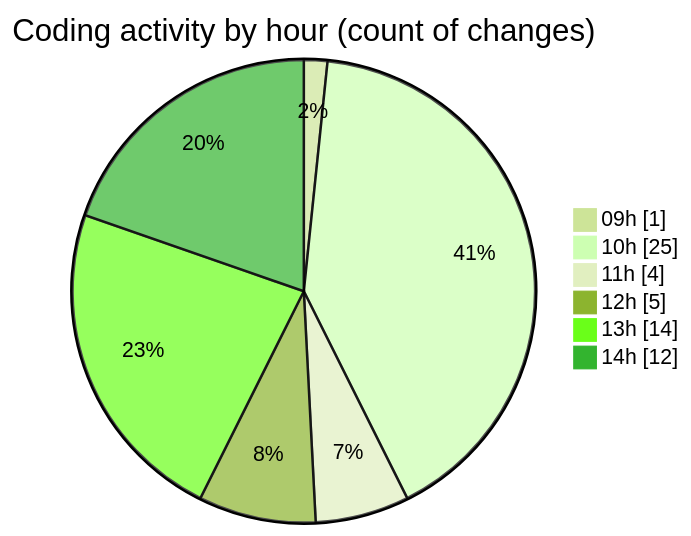
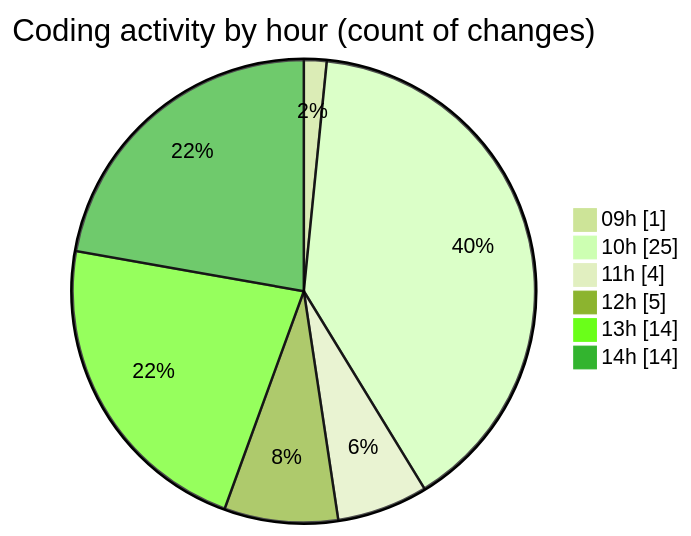
One commit to julien-gomy/code-tracking changed the second of 2 diagrams in 2025-11-17/eventscop-frontend-guide__workspace_/README.md. Above: the diagram before and after it, drawn with Mermaid (forest theme). The commit also changed other lines of this file and 1 other file, not shown here.

````diff
--- a/2025-11-17/eventscop-frontend-guide__workspace_/README.md
+++ b/2025-11-17/eventscop-frontend-guide__workspace_/README.md
@@ -51,10 +51,10 @@
 ```mermaid
 pie showData
 title Coding activity by hour (count of changes)
 "09h" : 1
 "10h" : 25
 "11h" : 4
 "12h" : 5
 "13h" : 14
-"14h" : 12
+"14h" : 14
 ```
````
